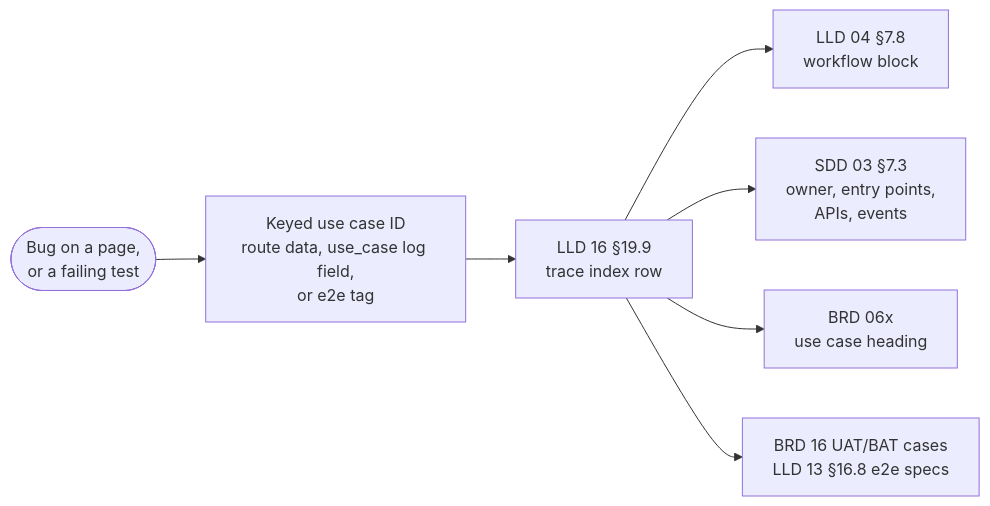
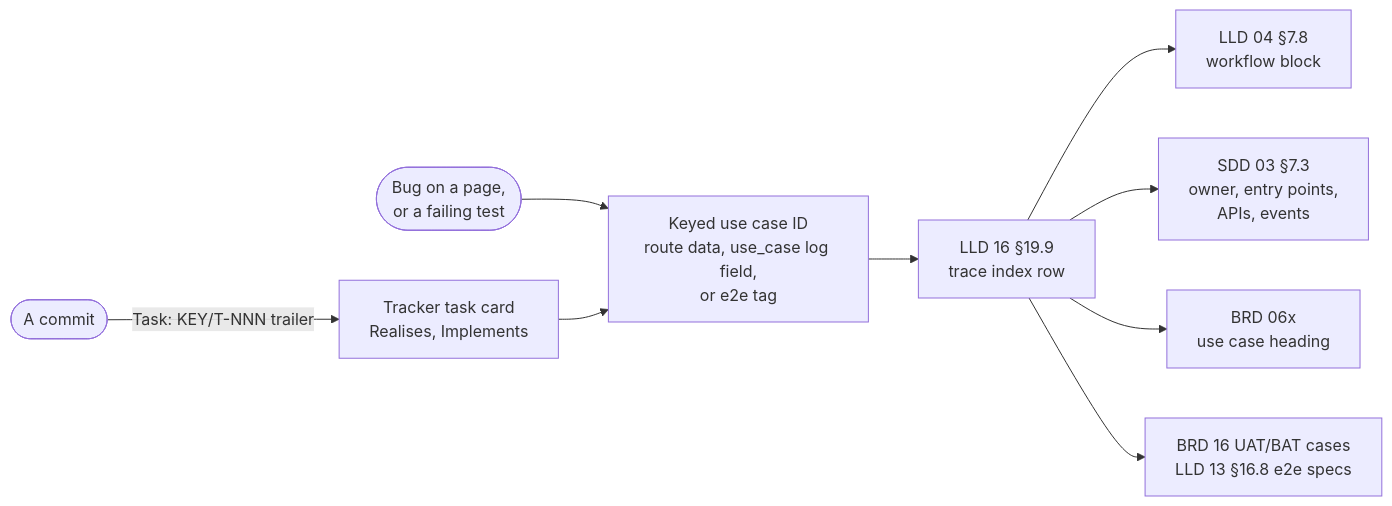
The third of 7 diagrams in README.md (mhshahin01/builders-skills), drawn with Mermaid before and after one commit. The commit also changed other lines of this file, not shown here.

Commit message:
docs: add impl-tracker-unifier as stage 6 and tutorialize-unifier as a companion in the README

````diff
--- a/README.md
+++ b/README.md
@@ -187,9 +211,11 @@
 ```mermaid
 flowchart LR
     bug(["Bug on a page,<br/>or a failing test"]) --> ucid["Keyed use case ID<br/>route data, use_case log field,<br/>or e2e tag"]
+    commit(["A commit"]) -->|"Task: KEY/T-NNN trailer"| card["Tracker task card<br/>Realises, Implements"]
+    card --> ucid
     ucid --> idx["LLD 16 §19.9<br/>trace index row"]
     idx --> wf["LLD 04 §7.8<br/>workflow block"]
     idx --> s73["SDD 03 §7.3<br/>owner, entry points,<br/>APIs, events"]
     idx --> uc["BRD 06x<br/>use case heading"]
     idx --> tc["BRD 16 UAT/BAT cases<br/>LLD 13 §16.8 e2e specs"]
 ```
````
